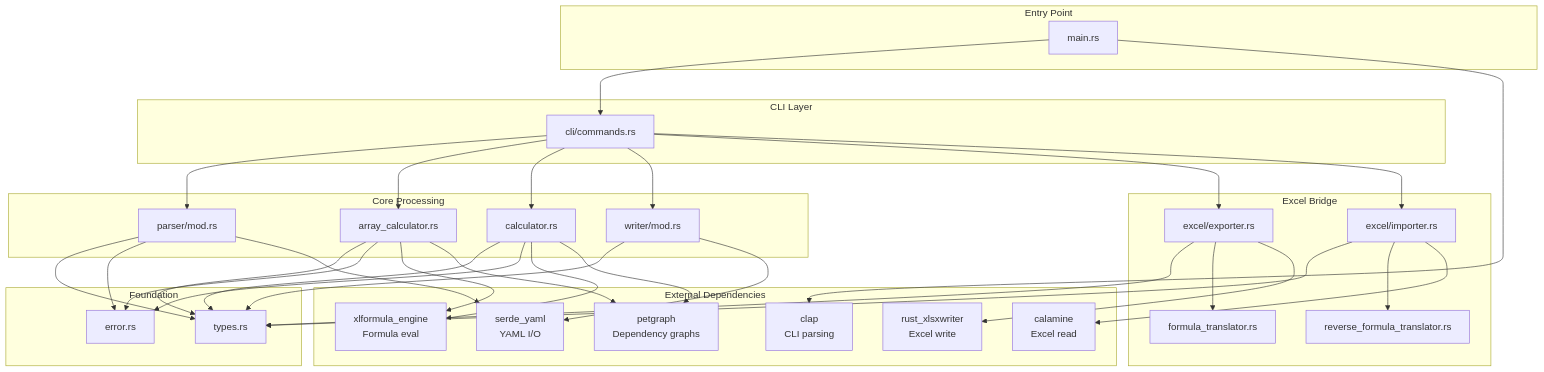
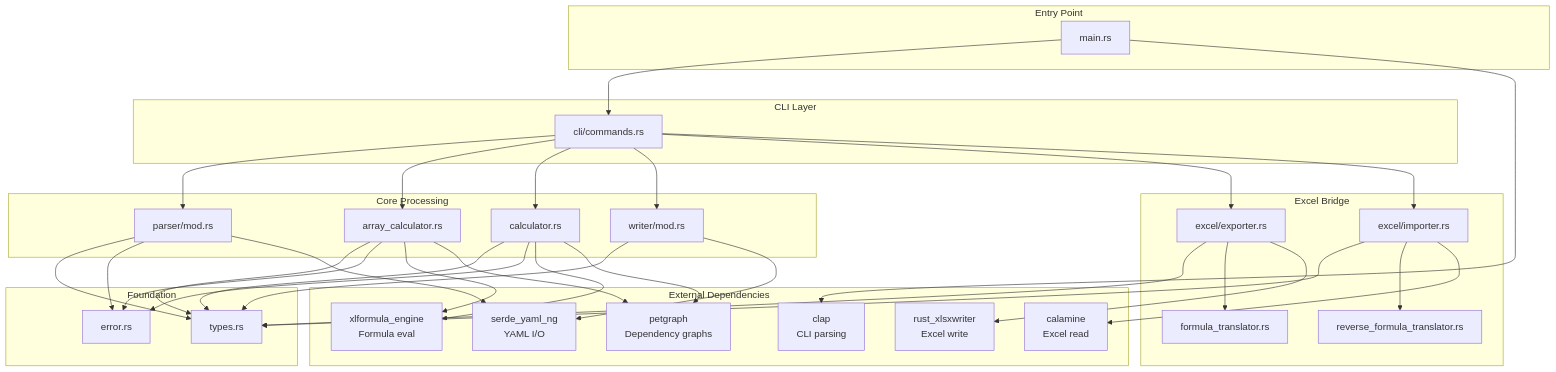
Diagram 11 of 12 in docs/architecture/01-COMPONENT-ARCHITECTURE.md (mollendorff-ai/forge), drawn with Mermaid before and after one commit. The commit also changed other lines of this file and 13 other files, not shown here.

First line of the commit message:
deps: migrate serde_yaml (deprecated) to serde_yaml_ng

````diff
--- a/docs/architecture/01-COMPONENT-ARCHITECTURE.md
+++ b/docs/architecture/01-COMPONENT-ARCHITECTURE.md
@@ -909,73 +909,73 @@
 ```mermaid
 graph TB
     subgraph "Entry Point"
         Main["main.rs"]
     end
 
     subgraph "CLI Layer"
         Commands["cli/commands.rs"]
     end
 
     subgraph "Core Processing"
         Parser["parser/mod.rs"]
         ArrayCalc["array_calculator.rs"]
         ScalarCalc["calculator.rs"]
         Writer["writer/mod.rs"]
     end
 
     subgraph "Excel Bridge"
         Exporter["excel/exporter.rs"]
         Importer["excel/importer.rs"]
         FormulaT["formula_translator.rs"]
         ReverseT["reverse_formula_translator.rs"]
     end
 
     subgraph "Foundation"
         Types["types.rs"]
         Error["error.rs"]
     end
 
     subgraph "External Dependencies"
         Clap["clap<br/>CLI parsing"]
-        SerdeYAML["serde_yaml<br/>YAML I/O"]
+        SerdeYAML["serde_yaml_ng<br/>YAML I/O"]
         XLFormula["xlformula_engine<br/>Formula eval"]
         PetGraph["petgraph<br/>Dependency graphs"]
         RustXLSX["rust_xlsxwriter<br/>Excel write"]
         Calamine["calamine<br/>Excel read"]
     end
 
     Main --> Commands
     Commands --> Parser
     Commands --> ArrayCalc
     Commands --> ScalarCalc
     Commands --> Writer
     Commands --> Exporter
     Commands --> Importer
 
     Parser --> Types
     Parser --> Error
     Parser --> SerdeYAML
 
     ArrayCalc --> Types
     ArrayCalc --> Error
     ArrayCalc --> XLFormula
     ArrayCalc --> PetGraph
 
     ScalarCalc --> Types
     ScalarCalc --> Error
     ScalarCalc --> XLFormula
     ScalarCalc --> PetGraph
 
     Writer --> Types
     Writer --> SerdeYAML
 
     Exporter --> Types
     Exporter --> FormulaT
     Exporter --> RustXLSX
 
     Importer --> Types
     Importer --> ReverseT
     Importer --> Calamine
 
     Main --> Clap
 ```
````
